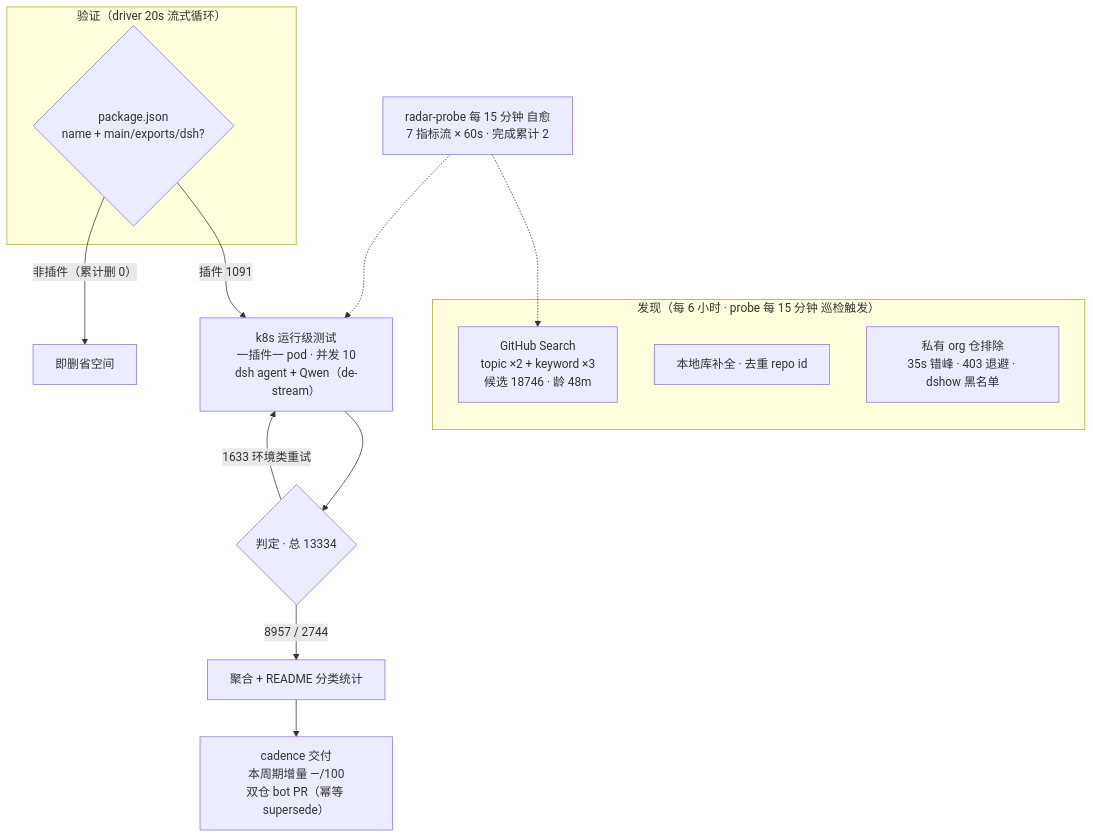
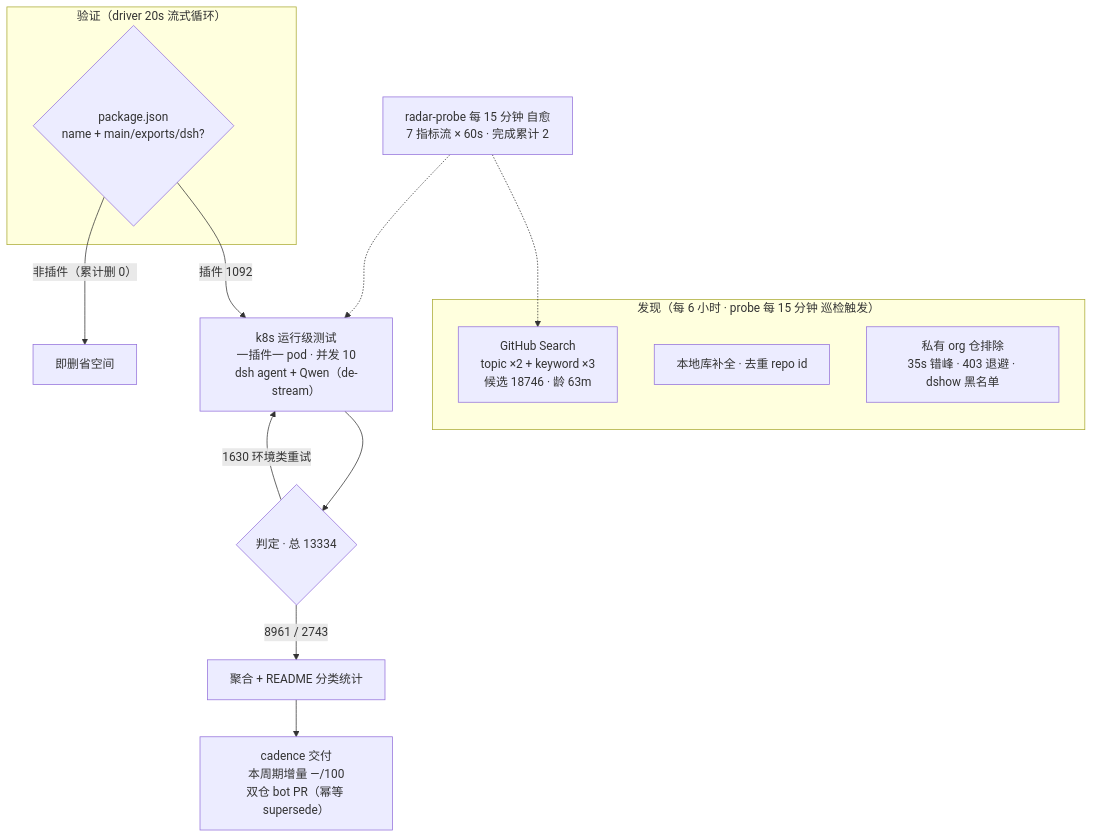
One commit to AdamPlatin123/dsh-plugin-radar changed the diagram in README.md. Above: the diagram before and after it, drawn with Mermaid. The commit also changed other lines of this file and 10 other files, not shown here.

````diff
--- a/README.md
+++ b/README.md
@@ -52,20 +52,20 @@
 ```mermaid
 flowchart TB
     subgraph Discovery["发现（每 6 小时 · probe 每 15 分钟 巡检触发）"]
-        A1["GitHub Search<br/>topic ×2 + keyword ×3<br/>候选 18746 · 龄 48m"]
+        A1["GitHub Search<br/>topic ×2 + keyword ×3<br/>候选 18746 · 龄 63m"]
         A2["本地库补全 · 去重 repo id"]
         A3["私有 org 仓排除<br/>35s 错峰 · 403 退避 · dshow 黑名单"]
     end
     subgraph Validation["验证（driver 20s 流式循环）"]
         B1{"package.json<br/>name + main/exports/dsh?"}
     end
-    B1 -->|"插件 1091"| C1["k8s 运行级测试<br/>一插件一 pod · 并发 10<br/>dsh agent + Qwen（de-stream）"]
+    B1 -->|"插件 1092"| C1["k8s 运行级测试<br/>一插件一 pod · 并发 10<br/>dsh agent + Qwen（de-stream）"]
     B1 -->|"非插件（累计删 0）"| B3["即删省空间"]
     C1 --> D1{"判定 · 总 13334"}
-    D1 -->|"8957 / 2744"| E1["聚合 + README 分类统计"]
-    D1 -->|"1633 环境类重试"| C1
+    D1 -->|"8961 / 2743"| E1["聚合 + README 分类统计"]
+    D1 -->|"1630 环境类重试"| C1
     E1 --> E2["cadence 交付<br/>本周期增量 —/100<br/>双仓 bot PR（幂等 supersede）"]
     M["radar-probe 每 15 分钟 自愈<br/>7 指标流 × 60s · 完成累计 2"]
     M -.-> A1
     M -.-> C1
 ```
````
